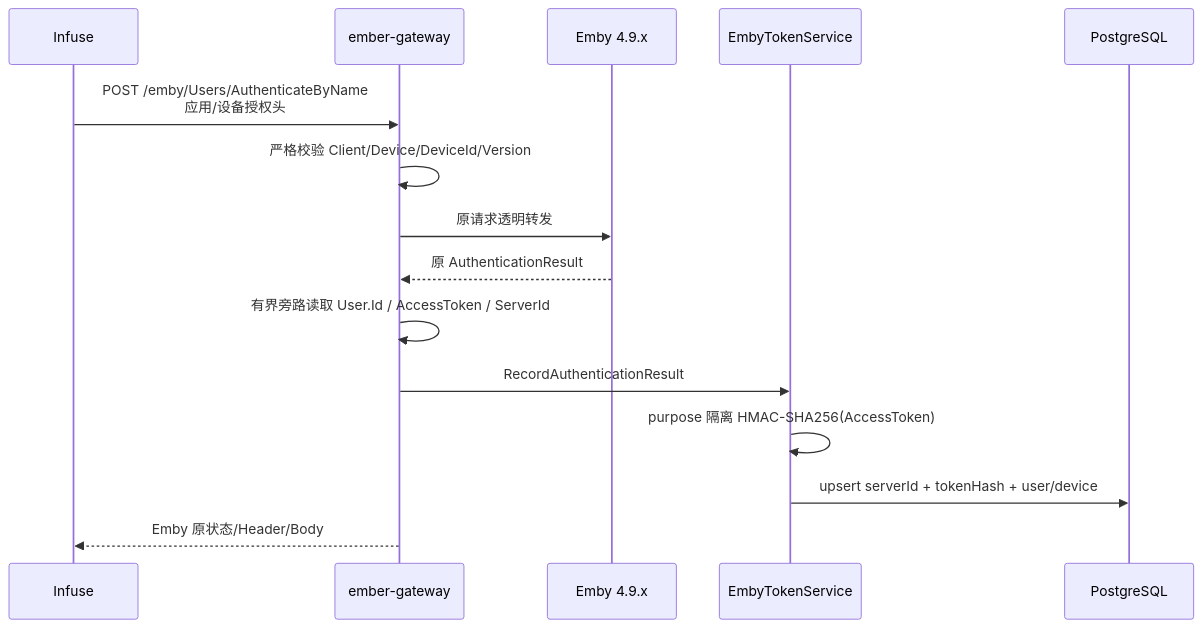
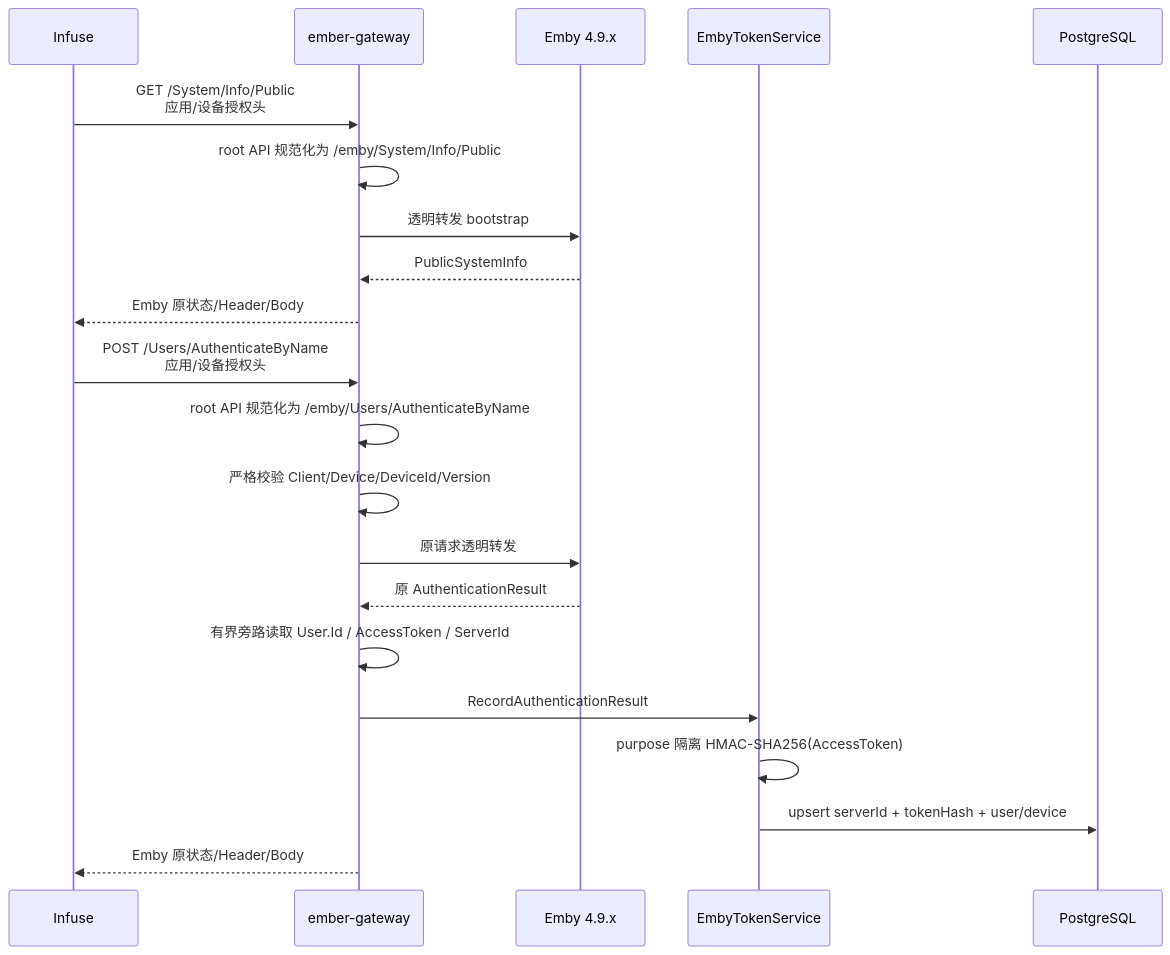
One commit to konghanghang/ember changed the fourth of 8 diagrams in docs/reference/p115-playback-end-to-end-flow.md. Above: the diagram before and after it, drawn with Mermaid. The commit also changed other lines of this file and 8 other files, not shown here.

First line of the commit message:
feat(gateway): 支持 Emby 根路径登录与透明代理

````diff
--- a/docs/reference/p115-playback-end-to-end-flow.md
+++ b/docs/reference/p115-playback-end-to-end-flow.md
@@ -153,18 +153,24 @@
 ```mermaid
 sequenceDiagram
     participant Client as Infuse
     participant Gateway as ember-gateway
     participant Emby as Emby 4.9.x
     participant Token as EmbyTokenService
     participant DB as PostgreSQL
 
-    Client->>Gateway: POST /emby/Users/AuthenticateByName<br/>应用/设备授权头
+    Client->>Gateway: GET /System/Info/Public<br/>应用/设备授权头
+    Gateway->>Gateway: root API 规范化为 /emby/System/Info/Public
+    Gateway->>Emby: 透明转发 bootstrap
+    Emby-->>Gateway: PublicSystemInfo
+    Gateway-->>Client: Emby 原状态/Header/Body
+    Client->>Gateway: POST /Users/AuthenticateByName<br/>应用/设备授权头
+    Gateway->>Gateway: root API 规范化为 /emby/Users/AuthenticateByName
     Gateway->>Gateway: 严格校验 Client/Device/DeviceId/Version
     Gateway->>Emby: 原请求透明转发
     Emby-->>Gateway: 原 AuthenticationResult
     Gateway->>Gateway: 有界旁路读取 User.Id / AccessToken / ServerId
     Gateway->>Token: RecordAuthenticationResult
     Token->>Token: purpose 隔离 HMAC-SHA256(AccessToken)
     Token->>DB: upsert serverId + tokenHash + user/device
     Gateway-->>Client: Emby 原状态/Header/Body
 ```
````
